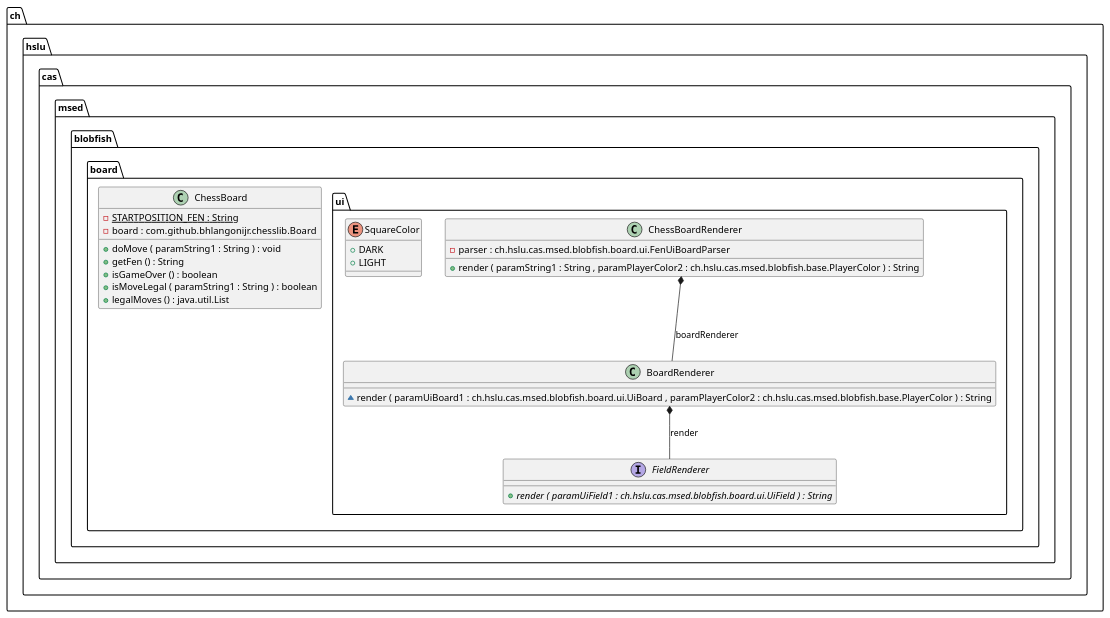
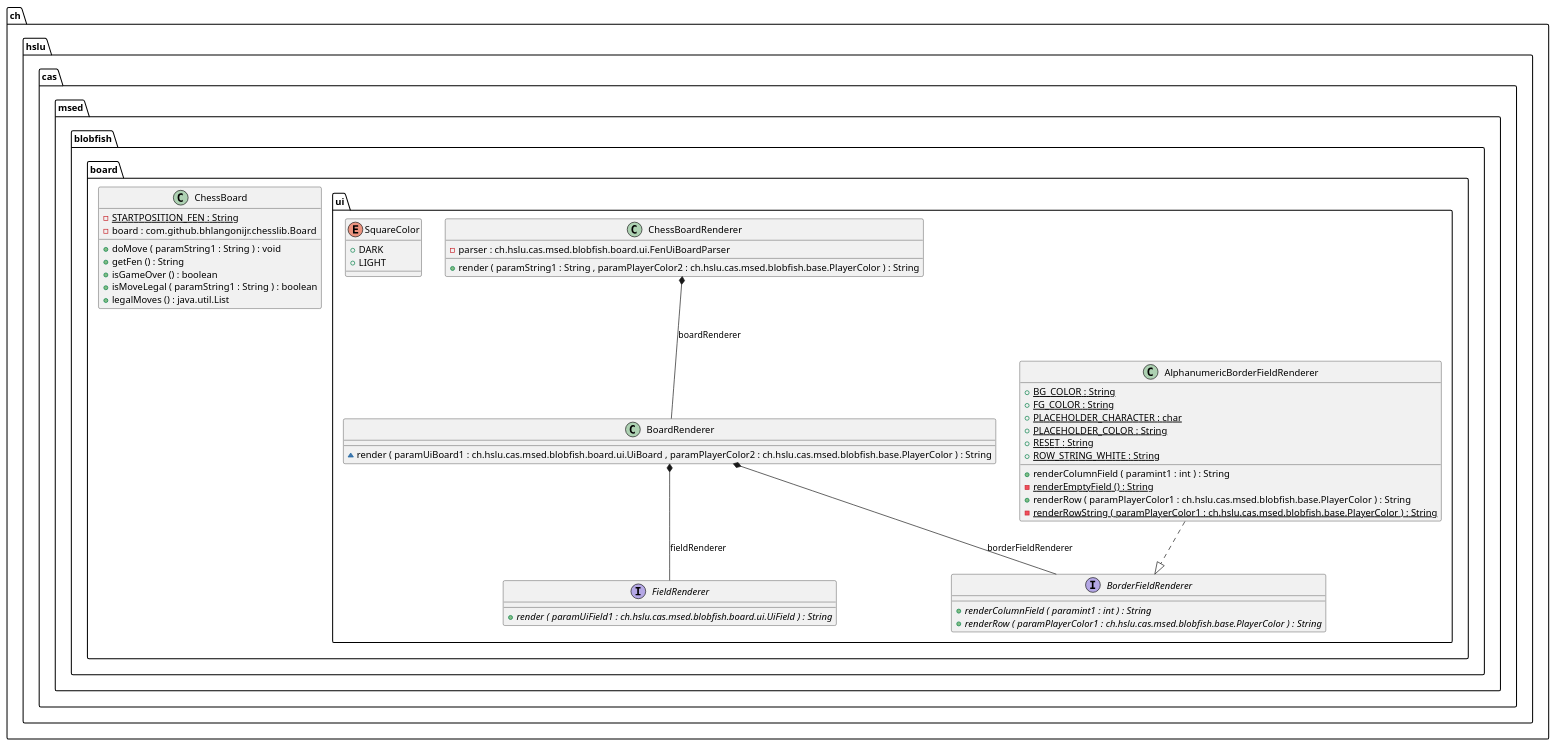
The diagram in docs/generated-diagrams/board.puml (l2c0r3/blobfish), drawn with PlantUML before and after one commit. The commit also changed 9 other files, not shown here.

```diff
--- a/docs/generated-diagrams/board.puml
+++ b/docs/generated-diagrams/board.puml
@@ -1,42 +1,64 @@
 @startuml
 
 class ch.hslu.cas.msed.blobfish.board.ChessBoard {
 	{field} {static} -STARTPOSITION_FEN : String
 	{field} -board : com.github.bhlangonijr.chesslib.Board
 	{method} +doMove ( paramString1 : String ) : void
 	{method} +getFen () : String
 	{method} +isGameOver () : boolean
 	{method} +isMoveLegal ( paramString1 : String ) : boolean
 	{method} +legalMoves () : java.util.List
 }
 
 
+class ch.hslu.cas.msed.blobfish.board.ui.AlphanumericBorderFieldRenderer {
+	{field} {static} +BG_COLOR : String
+	{field} {static} +FG_COLOR : String
+	{field} {static} +PLACEHOLDER_CHARACTER : char
+	{field} {static} +PLACEHOLDER_COLOR : String
+	{field} {static} +RESET : String
+	{field} {static} +ROW_STRING_WHITE : String
+	{method} +renderColumnField ( paramint1 : int ) : String
+	{method}  {static} -renderEmptyField () : String
+	{method} +renderRow ( paramPlayerColor1 : ch.hslu.cas.msed.blobfish.base.PlayerColor ) : String
+	{method}  {static} -renderRowString ( paramPlayerColor1 : ch.hslu.cas.msed.blobfish.base.PlayerColor ) : String
+}
+
+
 class ch.hslu.cas.msed.blobfish.board.ui.BoardRenderer {
 	{method} ~render ( paramUiBoard1 : ch.hslu.cas.msed.blobfish.board.ui.UiBoard , paramPlayerColor2 : ch.hslu.cas.msed.blobfish.base.PlayerColor ) : String
+}
+
+
+interface ch.hslu.cas.msed.blobfish.board.ui.BorderFieldRenderer {
+	{method}  {abstract} +renderColumnField ( paramint1 : int ) : String
+	{method}  {abstract} +renderRow ( paramPlayerColor1 : ch.hslu.cas.msed.blobfish.base.PlayerColor ) : String
 }
 
 
 class ch.hslu.cas.msed.blobfish.board.ui.ChessBoardRenderer {
 	{field} -parser : ch.hslu.cas.msed.blobfish.board.ui.FenUiBoardParser
 	{method} +render ( paramString1 : String , paramPlayerColor2 : ch.hslu.cas.msed.blobfish.base.PlayerColor ) : String
 }
 
 
 interface ch.hslu.cas.msed.blobfish.board.ui.FieldRenderer {
 	{method}  {abstract} +render ( paramUiField1 : ch.hslu.cas.msed.blobfish.board.ui.UiField ) : String
 }
 
 
 enum ch.hslu.cas.msed.blobfish.board.ui.SquareColor {
 	{field} +DARK
 	{field} +LIGHT
 }
 
 
 
 
-ch.hslu.cas.msed.blobfish.board.ui.BoardRenderer *--  ch.hslu.cas.msed.blobfish.board.ui.FieldRenderer : render
+ch.hslu.cas.msed.blobfish.board.ui.AlphanumericBorderFieldRenderer ..|>  ch.hslu.cas.msed.blobfish.board.ui.BorderFieldRenderer
+ch.hslu.cas.msed.blobfish.board.ui.BoardRenderer *--  ch.hslu.cas.msed.blobfish.board.ui.BorderFieldRenderer : borderFieldRenderer
+ch.hslu.cas.msed.blobfish.board.ui.BoardRenderer *--  ch.hslu.cas.msed.blobfish.board.ui.FieldRenderer : fieldRenderer
 ch.hslu.cas.msed.blobfish.board.ui.ChessBoardRenderer *--  ch.hslu.cas.msed.blobfish.board.ui.BoardRenderer : boardRenderer
 
 
 @enduml
```
